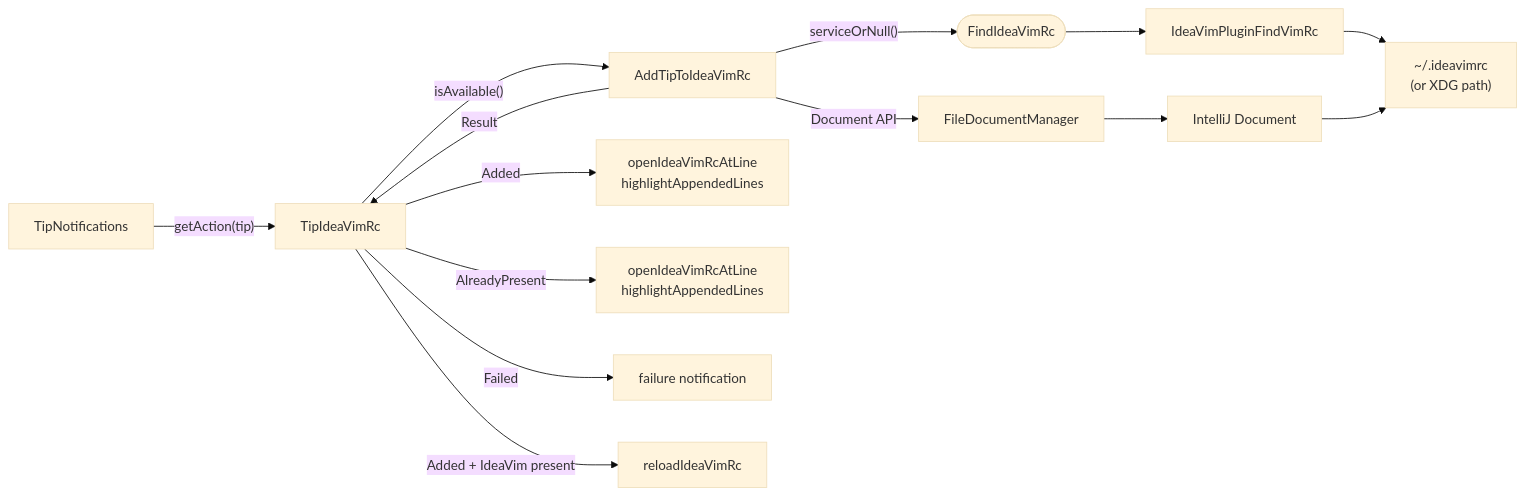
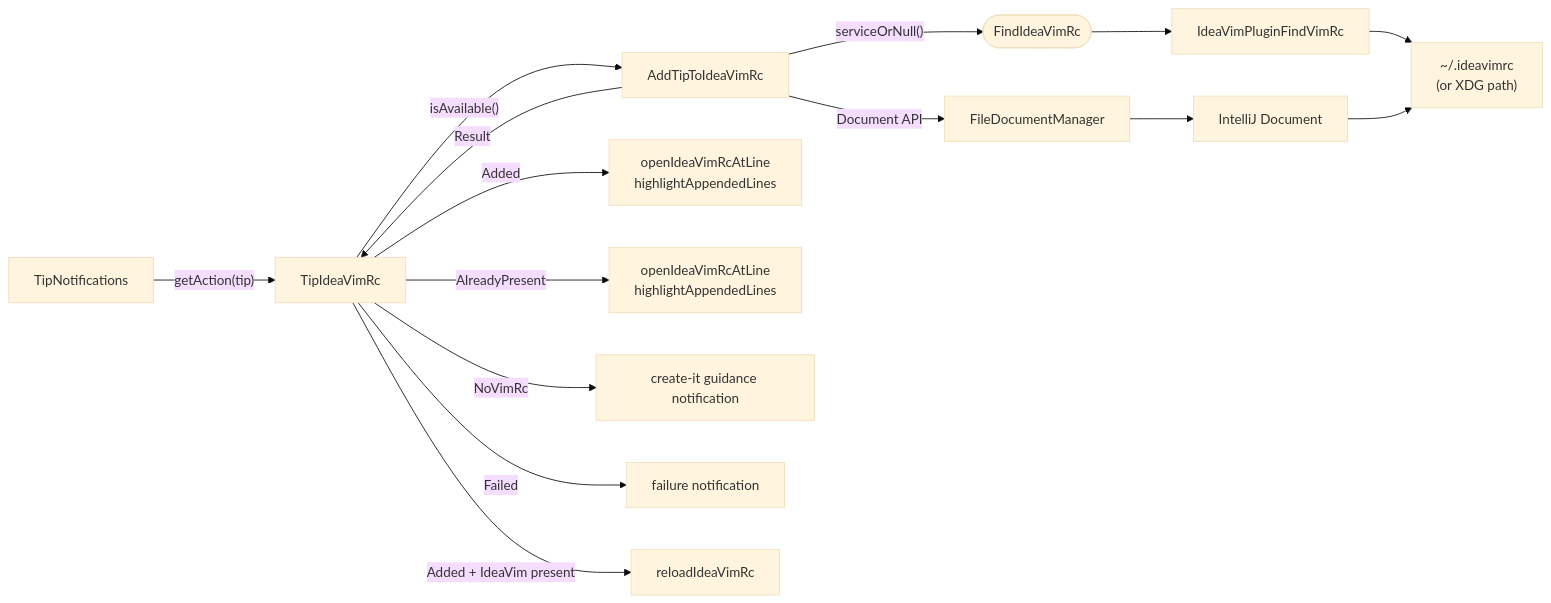
The first of 2 diagrams in docs/features/ideavimrc-button.md (pooryam92/vim-coach), drawn with Mermaid (base theme) before and after one commit. The commit also changed other lines of this file and 15 other files, not shown here.

````diff
--- a/docs/features/ideavimrc-button.md
+++ b/docs/features/ideavimrc-button.md
@@ -11,16 +11,17 @@
 ```mermaid
 graph LR
     A[TipNotifications] -->|"getAction(tip)"| B[TipIdeaVimRc]
     B -->|"isAvailable()"| C[AddTipToIdeaVimRc]
     C -->|"serviceOrNull()"| D([FindIdeaVimRc])
     D --> E[IdeaVimPluginFindVimRc]
     E --> F["~/.ideavimrc\n(or XDG path)"]
     C -->|Document API| G[FileDocumentManager]
     G --> H[IntelliJ Document]
     H --> F
     C -->|Result| B
     B -->|Added| I[openIdeaVimRcAtLine\nhighlightAppendedLines]
     B -->|AlreadyPresent| J[openIdeaVimRcAtLine\nhighlightAppendedLines]
+    B -->|NoVimRc| M[create-it guidance notification]
     B -->|Failed| K[failure notification]
     B -->|Added + IdeaVim present| L[reloadIdeaVimRc]
 ```
````
